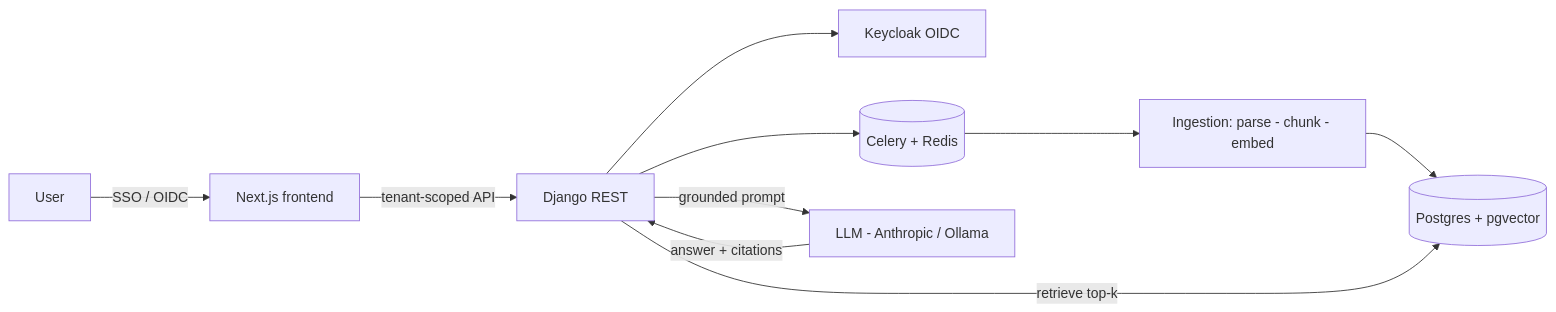
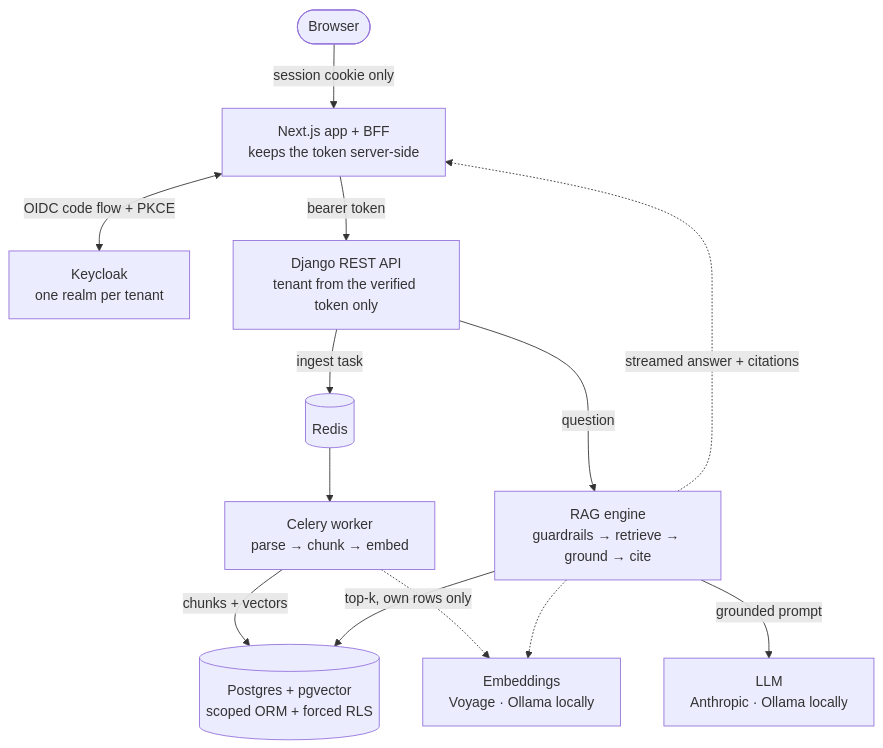
One commit to rbalukja15/tenantiq changed the diagram in README.md. Above: the diagram before and after it, drawn with Mermaid. The commit also changed other lines of this file and 1 other file, not shown here.

First paragraph of the commit message:
docs: an architecture diagram that matches the code (#28) (#102)
* docs: an architecture diagram that matches the code (#28)

````diff
--- a/README.md
+++ b/README.md
@@ -30,12 +30,14 @@
 ```mermaid
-flowchart LR
-    U[User] -->|SSO / OIDC| FE[Next.js frontend]
-    FE -->|tenant-scoped API| API[Django REST]
-    API --> AUTH[Keycloak OIDC]
-    API --> Q[(Celery + Redis)]
-    Q --> ING[Ingestion: parse - chunk - embed]
-    ING --> PG[(Postgres + pgvector)]
-    API -->|retrieve top-k| PG
-    API -->|grounded prompt| LLM[LLM - Anthropic / Ollama]
-    LLM -->|answer + citations| API
+flowchart TB
+    B([Browser]) -->|session cookie only| BFF["Next.js app + BFF<br/>keeps the token server-side"]
+    BFF <-->|OIDC code flow + PKCE| KC["Keycloak<br/>one realm per tenant"]
+    BFF -->|bearer token| API["Django REST API<br/>tenant from the verified token only"]
+    API -->|ingest task| R[(Redis)]
+    R --> W["Celery worker<br/>parse → chunk → embed"]
+    W -->|chunks + vectors| PG[("Postgres + pgvector<br/>scoped ORM + forced RLS")]
+    API -->|question| ASK["RAG engine<br/>guardrails → retrieve → ground → cite"]
+    ASK -->|top-k, own rows only| PG
+    ASK -->|grounded prompt| LLM["LLM<br/>Anthropic · Ollama locally"]
+    W & ASK -.-> EMB["Embeddings<br/>Voyage · Ollama locally"]
+    ASK -.->|streamed answer + citations| BFF
 ```
````
